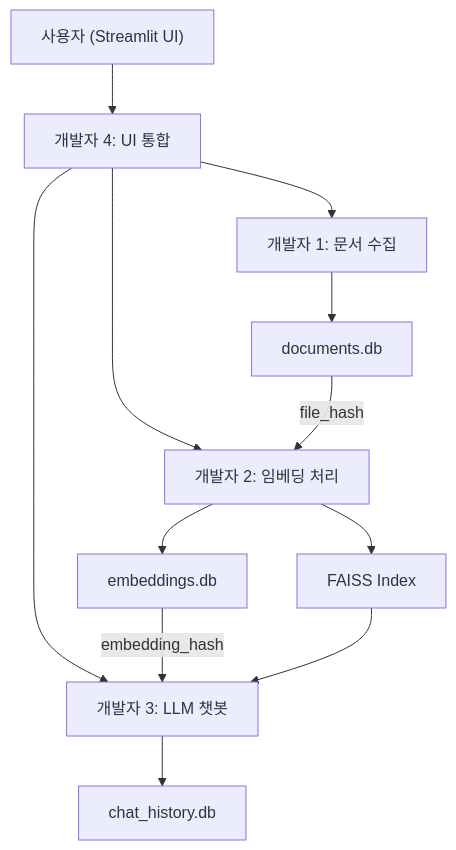
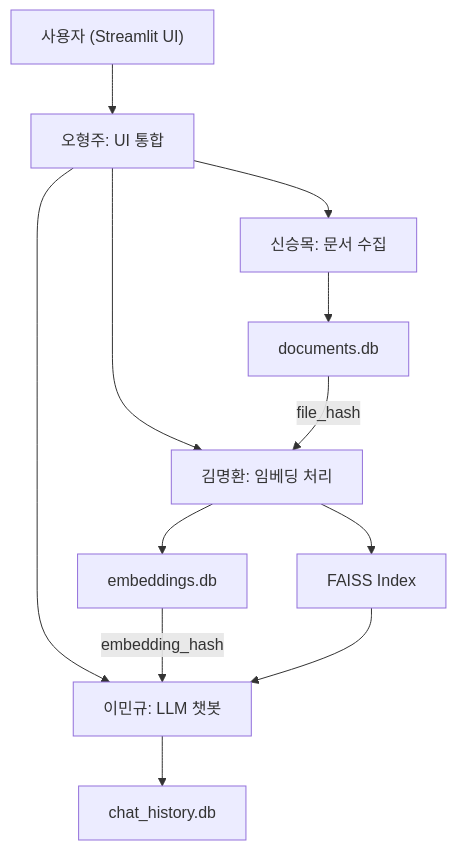
The first of 8 diagrams in docs/doc/RAG_PEP_프로젝트_가이드.md (c0z0c/codeit_ai_g2b_search), drawn with Mermaid before and after one commit. The commit also changed other lines of this file and 14 other files, not shown here.

````diff
--- a/docs/doc/RAG_PEP_프로젝트_가이드.md
+++ b/docs/doc/RAG_PEP_프로젝트_가이드.md
@@ -95,14 +95,14 @@
 ```mermaid
 graph TB
-    A["사용자 (Streamlit UI)"] --> B["개발자 4: UI 통합"]
-    B --> C["개발자 1: 문서 수집"]
-    B --> D["개발자 2: 임베딩 처리"]
-    B --> E["개발자 3: LLM 챗봇"]
+    A["사용자 (Streamlit UI)"] --> B["오형주: UI 통합"]
+    B --> C["신승목: 문서 수집"]
+    B --> D["김명환: 임베딩 처리"]
+    B --> E["이민규: LLM 챗봇"]
     C --> F["documents.db"]
     D --> G["embeddings.db"]
     D --> H["FAISS Index"]
     E --> I["chat_history.db"]
     F --> |"file_hash"| D
     G --> |"embedding_hash"| E
     H --> E
 ```
````
